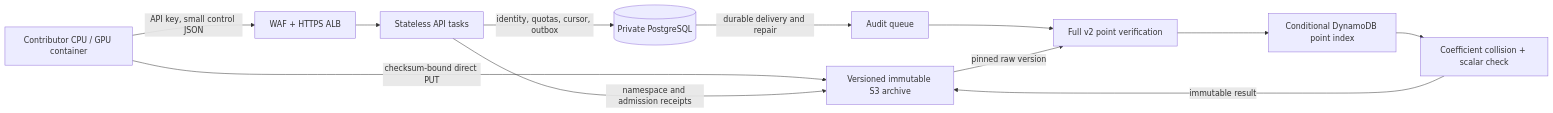
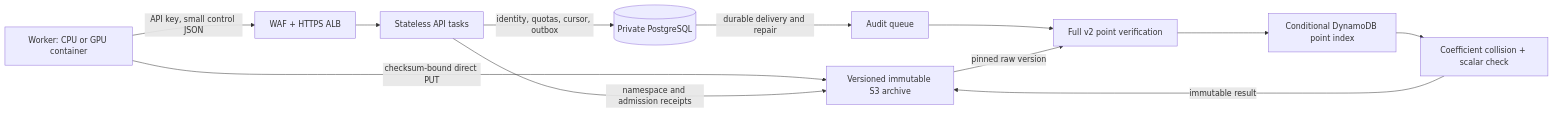
The diagram in README.md (aburan28/ecc-challenges), drawn with Mermaid before and after one commit. The commit also changed other lines of this file and 36 other files, not shown here.

````diff
--- a/README.md
+++ b/README.md
@@ -57,14 +86,14 @@
 ```mermaid
 flowchart LR
-  GPU[Contributor CPU / GPU container] -->|API key, small control JSON| ALB[WAF + HTTPS ALB]
+  GPU[Worker: CPU or GPU container] -->|API key, small control JSON| ALB[WAF + HTTPS ALB]
   ALB --> API[Stateless API tasks]
   GPU -->|checksum-bound direct PUT| S3[Versioned immutable S3 archive]
   API -->|namespace and admission receipts| S3
   API -->|identity, quotas, cursor, outbox| PG[(Private PostgreSQL)]
   PG -->|durable delivery and repair| SQS[Audit queue]
   SQS --> Audit[Full v2 point verification]
   S3 -->|pinned raw version| Audit
   Audit --> Index[Conditional DynamoDB point index]
   Index --> Resolver[Coefficient collision + scalar check]
   Resolver -->|immutable result| S3
 ```
````
